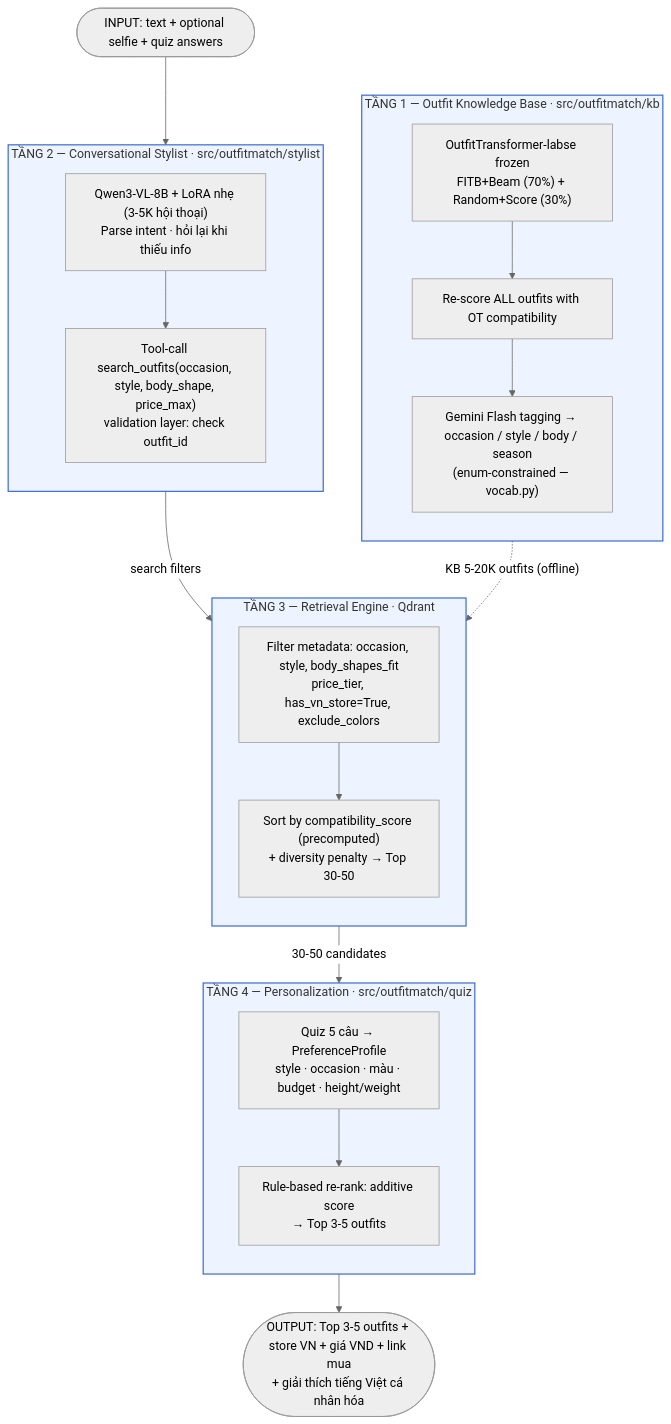
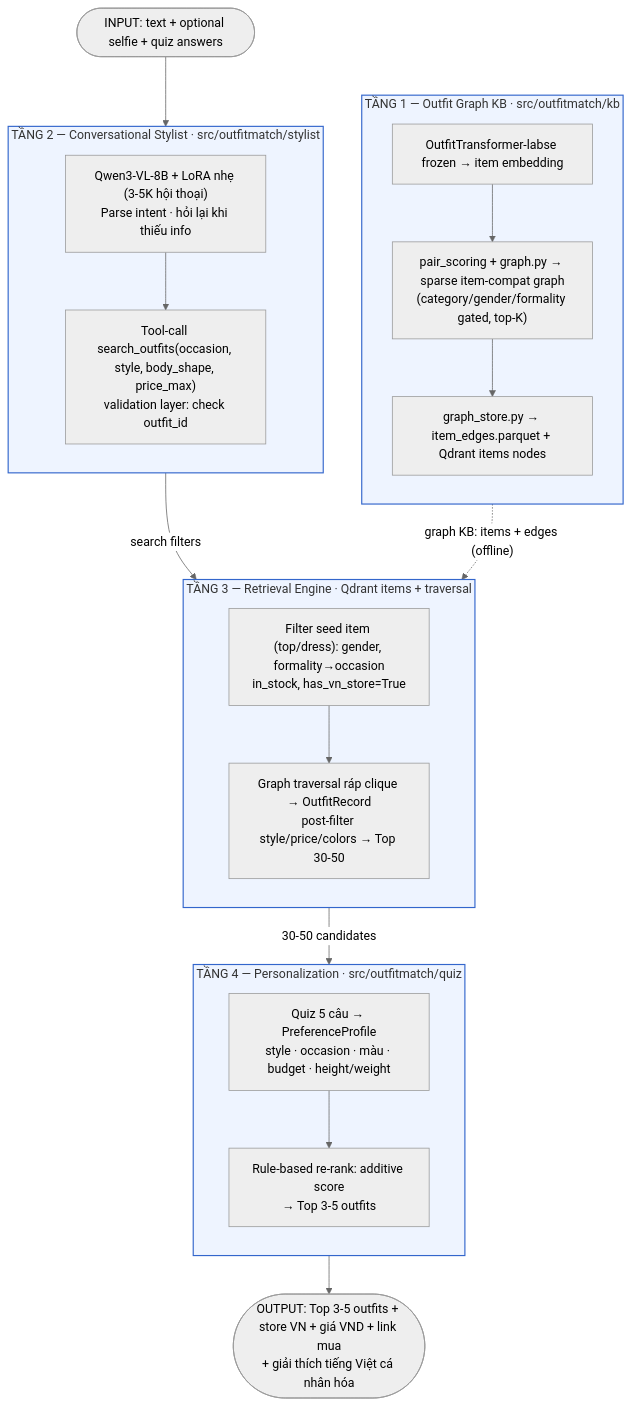
One commit to Lendo-Stylix/fashion_match changed the first of 4 diagrams in docs/presentation/SO_DO_MERMAID.md. Above: the diagram before and after it, drawn with Mermaid (neutral theme). The commit also changed other lines of this file and 39 other files, not shown here.

Commit message:
GraphKnowledge Base

````diff
--- a/docs/presentation/SO_DO_MERMAID.md
+++ b/docs/presentation/SO_DO_MERMAID.md
@@ -16,44 +16,44 @@
 ```mermaid
 flowchart TD
     IN(["INPUT: text + optional selfie + quiz answers"])
 
-    subgraph T1["TẦNG 1 — Outfit Knowledge Base  ·  src/outfitmatch/kb"]
+    subgraph T1["TẦNG 1 — Outfit Graph KB  ·  src/outfitmatch/kb"]
         direction TB
-        T1A["OutfitTransformer-labse frozen\nFITB+Beam (70%) + Random+Score (30%)"]
-        T1B["Re-score ALL outfits with OT compatibility"]
-        T1C["Gemini Flash tagging → occasion / style / body / season\n(enum-constrained — vocab.py)"]
+        T1A["OutfitTransformer-labse frozen → item embedding"]
+        T1B["pair_scoring + graph.py → sparse item-compat graph\n(category/gender/formality gated, top-K)"]
+        T1C["graph_store.py → item_edges.parquet + Qdrant items nodes"]
         T1A --> T1B --> T1C
     end
 
     subgraph T2["TẦNG 2 — Conversational Stylist  ·  src/outfitmatch/stylist"]
         direction TB
         T2A["Qwen3-VL-8B + LoRA nhẹ (3-5K hội thoại)\nParse intent · hỏi lại khi thiếu info"]
         T2B["Tool-call search_outfits(occasion, style, body_shape, price_max)\nvalidation layer: check outfit_id"]
         T2A --> T2B
     end
 
-    subgraph T3["TẦNG 3 — Retrieval Engine  ·  Qdrant"]
+    subgraph T3["TẦNG 3 — Retrieval Engine  ·  Qdrant items + traversal"]
         direction TB
-        T3A["Filter metadata: occasion, style, body_shapes_fit\nprice_tier, has_vn_store=True, exclude_colors"]
-        T3B["Sort by compatibility_score (precomputed)\n+ diversity penalty → Top 30-50"]
+        T3A["Filter seed item (top/dress): gender, formality→occasion\nin_stock, has_vn_store=True"]
+        T3B["Graph traversal ráp clique → OutfitRecord\npost-filter style/price/colors → Top 30-50"]
         T3A --> T3B
     end
 
     subgraph T4["TẦNG 4 — Personalization  ·  src/outfitmatch/quiz"]
         direction TB
         T4A["Quiz 5 câu → PreferenceProfile\nstyle · occasion · màu · budget · height/weight"]
         T4B["Rule-based re-rank: additive score\n→ Top 3-5 outfits"]
         T4A --> T4B
     end
 
     OUT(["OUTPUT: Top 3-5 outfits + store VN + giá VND + link mua\n+ giải thích tiếng Việt cá nhân hóa"])
 
     IN --> T2A
-    T1C -.->|"KB 5-20K outfits (offline)"| T3A
+    T1C -.->|"graph KB: items + edges (offline)"| T3A
     T2B -->|"search filters"| T3A
     T3B -->|"30-50 candidates"| T4A
     T4B --> OUT
 
     classDef tier fill:#eef4ff,stroke:#3366cc,stroke-width:1.5px
     class T1,T2,T3,T4 tier
 ```
````
